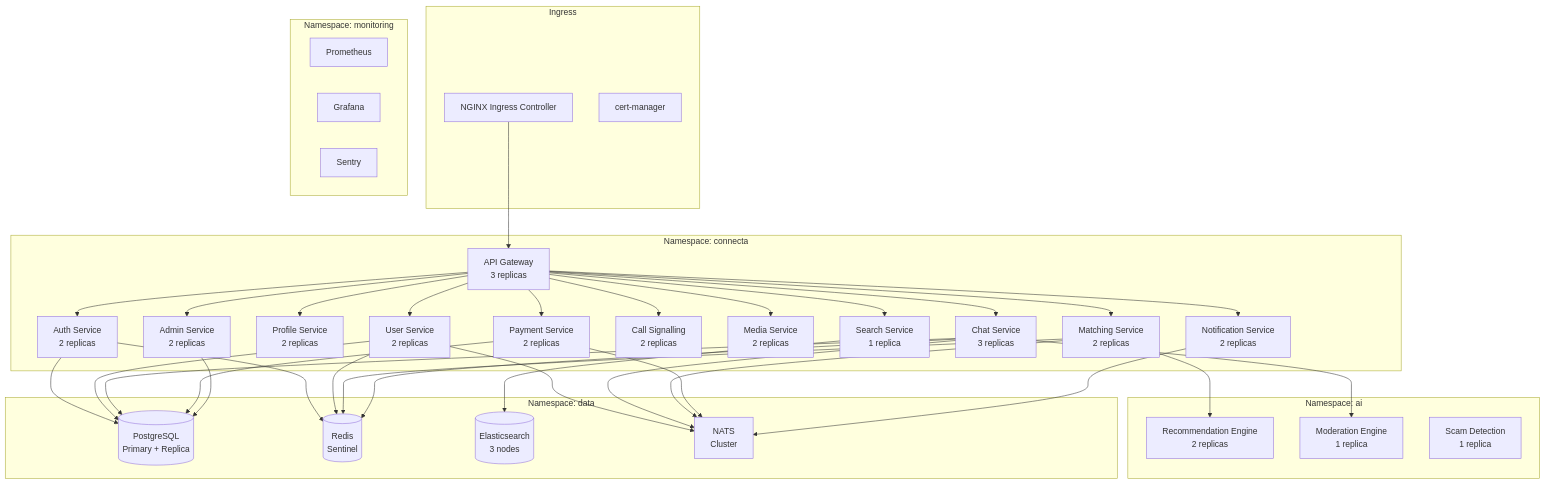
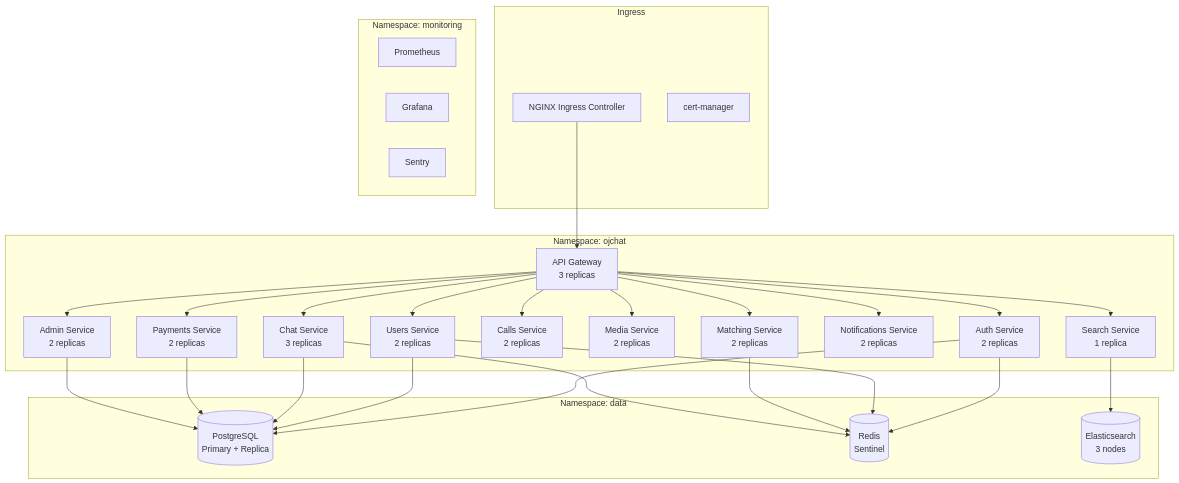
One commit to ojowa/connecta changed the seventh of 7 diagrams in docs/04-System-Architecture.md. Above: the diagram before and after it, drawn with Mermaid. The commit also changed other lines of this file and 22 other files, not shown here.

Commit message:
docs: update all 23 docs to reflect actual codebase (OJChat, public schema, 13 services, no NATS/Python)

````diff
--- a/docs/04-System-Architecture.md
+++ b/docs/04-System-Architecture.md
@@ -593,76 +532,58 @@
 ```mermaid
 graph TB
     subgraph Ingress
         ING[NGINX Ingress Controller]
         CERT[cert-manager]
     end
 
-    subgraph Namespace: connecta
+    subgraph Namespace: ojchat
         GW_POD[API Gateway<br/>3 replicas]
         AUTH_POD[Auth Service<br/>2 replicas]
-        USER_POD[User Service<br/>2 replicas]
-        PROFILE_POD[Profile Service<br/>2 replicas]
+        USER_POD[Users Service<br/>2 replicas]
         MATCH_POD[Matching Service<br/>2 replicas]
         CHAT_POD[Chat Service<br/>3 replicas]
-        CALL_POD[Call Signalling<br/>2 replicas]
+        CALL_POD[Calls Service<br/>2 replicas]
         MEDIA_POD[Media Service<br/>2 replicas]
-        PAY_POD[Payment Service<br/>2 replicas]
-        NOTIF_POD[Notification Service<br/>2 replicas]
+        PAY_POD[Payments Service<br/>2 replicas]
+        NOTIF_POD[Notifications Service<br/>2 replicas]
         SEARCH_POD[Search Service<br/>1 replica]
         ADMIN_POD[Admin Service<br/>2 replicas]
-    end
-
-    subgraph Namespace: ai
-        RECOMMEND_POD[Recommendation Engine<br/>2 replicas]
-        MODERATION_POD[Moderation Engine<br/>1 replica]
-        SCAM_POD[Scam Detection<br/>1 replica]
     end
 
     subgraph Namespace: data
         PG_POD[(PostgreSQL<br/>Primary + Replica)]
         REDIS_POD[(Redis<br/>Sentinel)]
         ES_POD[(Elasticsearch<br/>3 nodes)]
-        NATS_POD[NATS<br/>Cluster]
     end
 
     subgraph Namespace: monitoring
         PROM[Prometheus]
         GRAF[Grafana]
         SENTRY[Sentry]
     end
 
     ING --> GW_POD
     GW_POD --> AUTH_POD
     GW_POD --> USER_POD
-    GW_POD --> PROFILE_POD
     GW_POD --> MATCH_POD
     GW_POD --> CHAT_POD
     GW_POD --> CALL_POD
     GW_POD --> MEDIA_POD
     GW_POD --> PAY_POD
     GW_POD --> NOTIF_POD
     GW_POD --> SEARCH_POD
     GW_POD --> ADMIN_POD
 
     AUTH_POD --> PG_POD
     USER_POD --> PG_POD
     CHAT_POD --> PG_POD
     PAY_POD --> PG_POD
     ADMIN_POD --> PG_POD
 
     AUTH_POD --> REDIS_POD
     USER_POD --> REDIS_POD
     MATCH_POD --> REDIS_POD
     CHAT_POD --> REDIS_POD
 
     SEARCH_POD --> ES_POD
-
-    USER_POD --> NATS_POD
-    CHAT_POD --> NATS_POD
-    MATCH_POD --> NATS_POD
-    PAY_POD --> NATS_POD
-    NOTIF_POD --> NATS_POD
-
-    MATCH_POD --> RECOMMEND_POD
-    CHAT_POD --> MODERATION_POD
 ```
````
